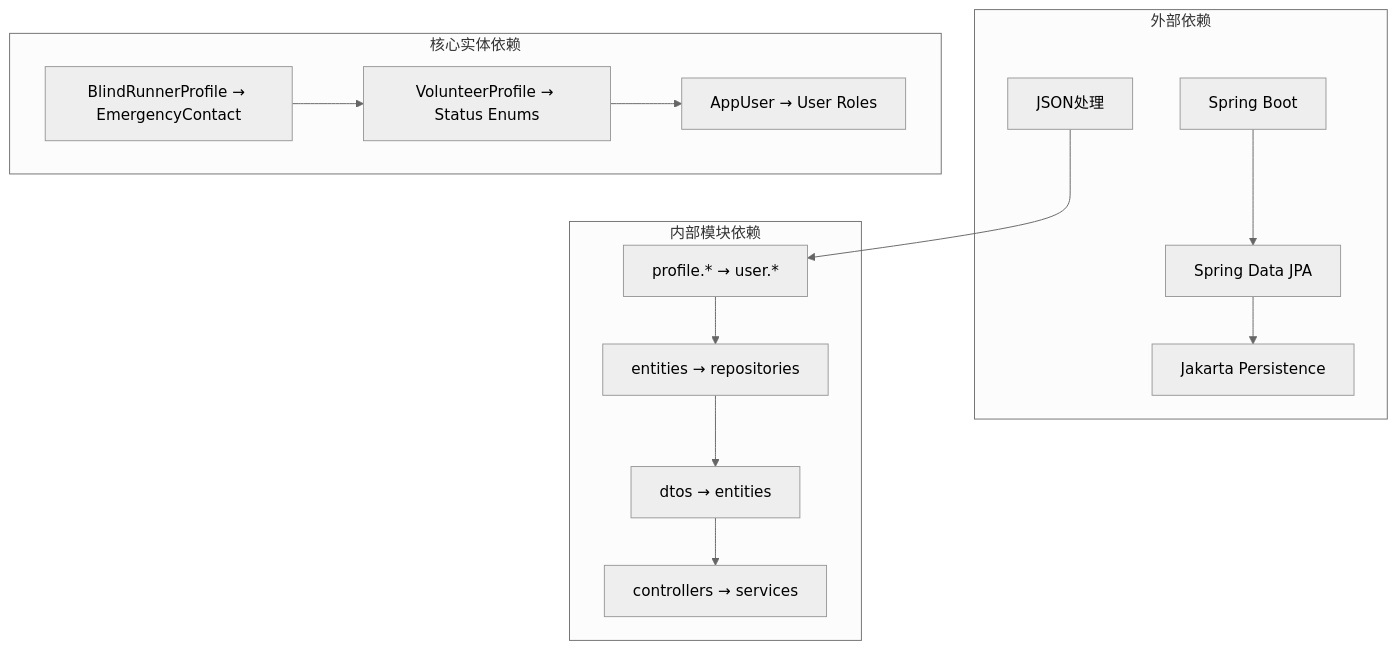
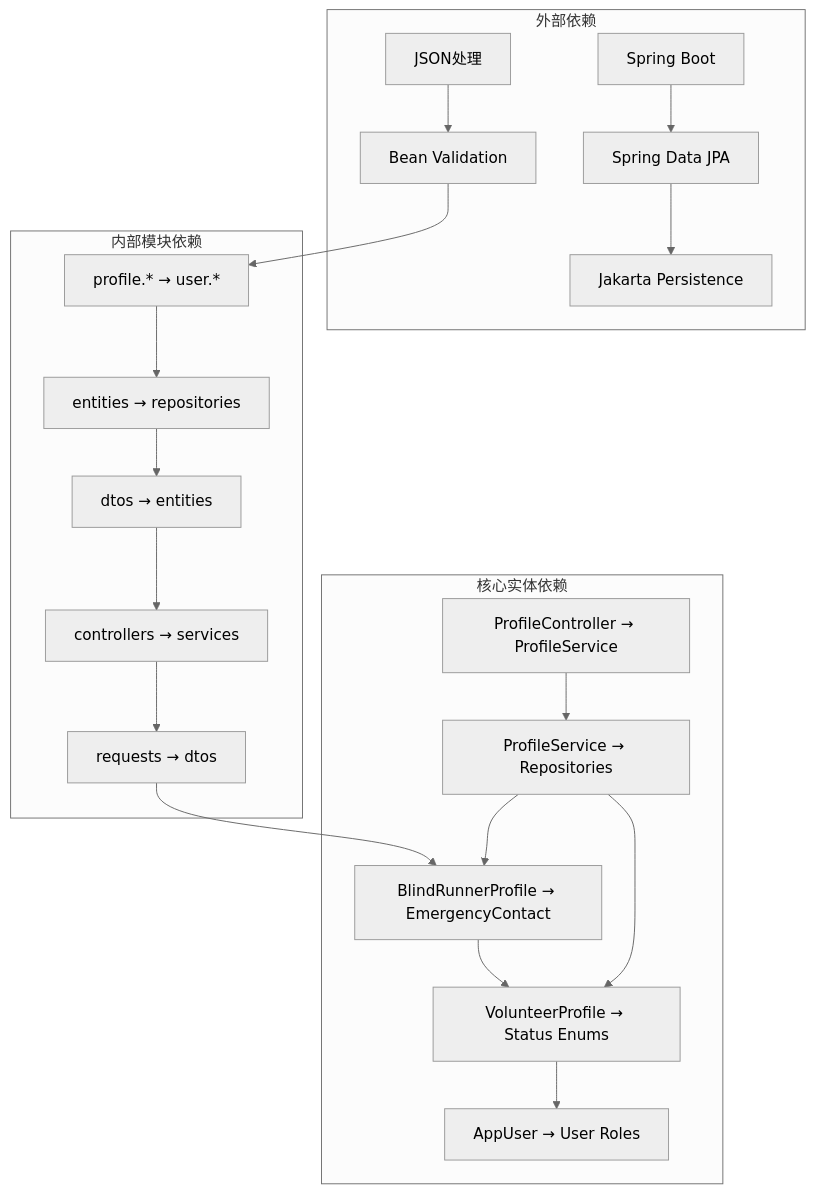
One commit to Jayden23018/blind-run-ios changed diagram 11 of 11 in .qoder/repowiki/zh/content/架构设计/模块化架构设计/Core 核心模块/个人资料管理模块.md. Above: the diagram before and after it, drawn with Mermaid (neutral theme). The commit also changed other lines of this file and 13 other files, not shown here.

Commit message:
Fix volunteer profile flow and acceptance guards

````diff
--- a/.qoder/repowiki/zh/content/架构设计/模块化架构设计/Core 核心模块/个人资料管理模块.md
+++ b/.qoder/repowiki/zh/content/架构设计/模块化架构设计/Core 核心模块/个人资料管理模块.md
@@ -397,28 +723,38 @@
 ```mermaid
 graph TB
 subgraph "外部依赖"
 A[Spring Boot]
 B[Spring Data JPA]
 C[Jakarta Persistence]
 D[JSON处理]
+E[Bean Validation]
 end
 subgraph "内部模块依赖"
-E[profile.* → user.*]
-F[entities → repositories]
-G[dtos → entities]
-H[controllers → services]
+F[profile.* → user.*]
+G[entities → repositories]
+H[dtos → entities]
+I[controllers → services]
+J[requests → dtos]
 end
 subgraph "核心实体依赖"
-I[BlindRunnerProfile → EmergencyContact]
-J[VolunteerProfile → Status Enums]
-K[AppUser → User Roles]
+K[BlindRunnerProfile → EmergencyContact]
+L[VolunteerProfile → Status Enums]
+M[AppUser → User Roles]
+N[ProfileController → ProfileService]
+O[ProfileService → Repositories]
 end
 A --> B
 B --> C
 D --> E
 E --> F
 F --> G
 G --> H
+H --> I
 I --> J
 J --> K
+K --> L
+L --> M
+N --> O
+O --> K
+O --> L
 ```
````
